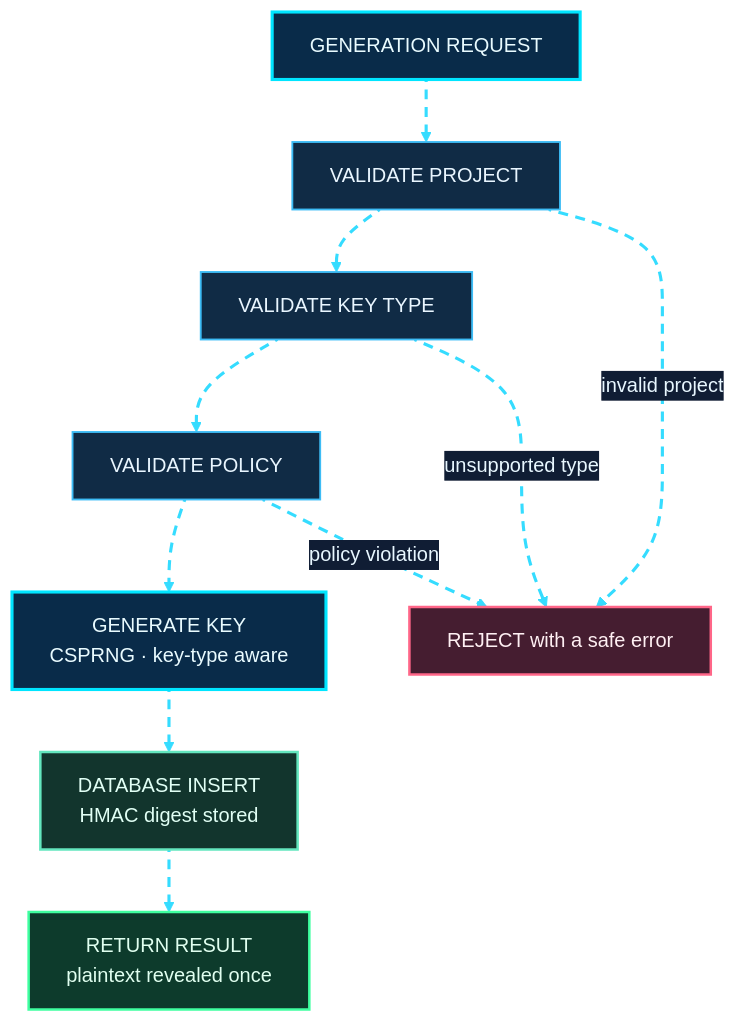
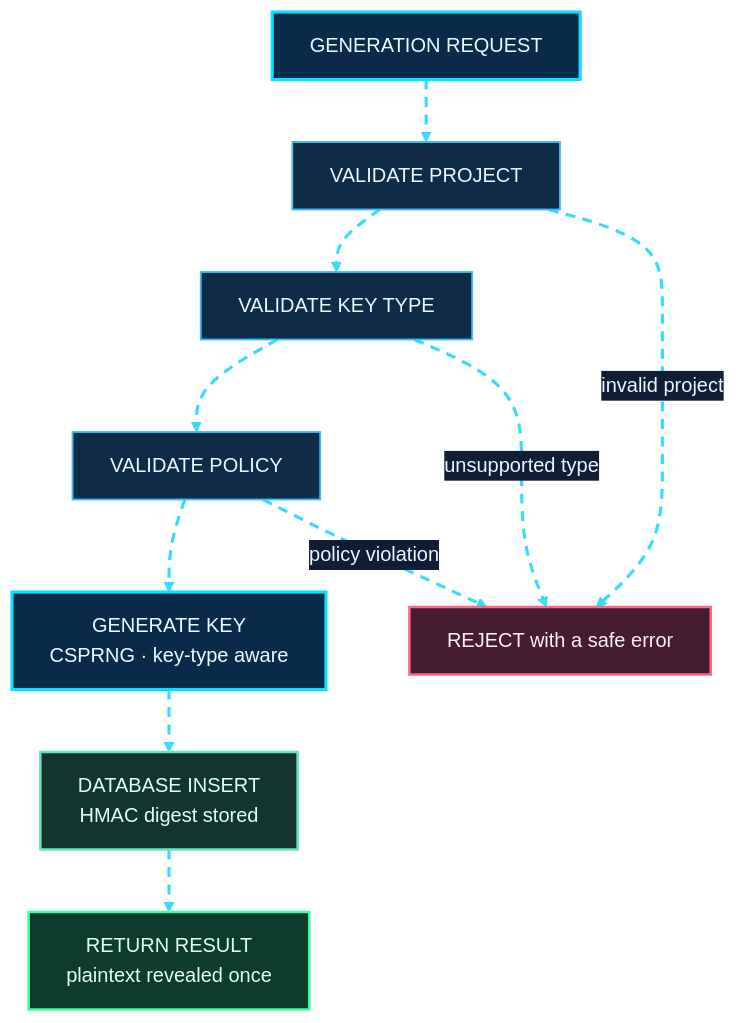
The ninth of 23 diagrams in README.md (shajeduzzamanenan992008inc/NexOra-Database-key-Gen), drawn with Mermaid before and after one commit. The commit also changed other lines of this file, not shown here.

Commit message:
docs: finalize README Mermaid flowchart audit

````diff
--- a/README.md
+++ b/README.md
@@ -994,48 +1002,49 @@
 ```mermaid
 
 %%{init: {"theme":"base","themeVariables":{"darkMode":true,"background":"#07111f","primaryColor":"#102744","primaryTextColor":"#e8f7ff","primaryBorderColor":"#00d9ff","lineColor":"#7297c8","secondaryColor":"#261d45","secondaryTextColor":"#f3eaff","secondaryBorderColor":"#a78bfa","tertiaryColor":"#12332b","tertiaryTextColor":"#e0fff1","tertiaryBorderColor":"#41e6a2","fontFamily":"Inter, Segoe UI, sans-serif","edgeLabelBackground":"#101d34","mainBkg":"#102744","nodeBorder":"#00d9ff","clusterBkg":"#0b1930","clusterBorder":"#6f7dff","actorBkg":"#102744","actorBorder":"#00d9ff","actorTextColor":"#e8f7ff","signalColor":"#64d8ff","signalTextColor":"#e8f7ff","noteBkgColor":"#0e332b","noteBorderColor":"#41e6a2","noteTextColor":"#e0fff1"}}}%%
 flowchart TD
     G0["GENERATION REQUEST"] nx09e01@--> G1["VALIDATE PROJECT"]
 
     G1 nx09e02@--> G2["VALIDATE KEY TYPE"]
 
     G2 nx09e03@--> G3["VALIDATE POLICY"]
 
     G3 nx09e04@--> G4["GENERATE KEY<br/>CSPRNG · key-type aware"]
 
     G4 nx09e05@--> G5["DATABASE INSERT<br/>HMAC digest stored"]
 
     G5 nx09e06@--> G6["RETURN RESULT<br/>plaintext revealed once"]
 
     %% Rejection paths
     G1 nx09e07@-.->|"invalid project"| GX["REJECT with a safe error"]
 
     G2 nx09e08@-.->|"unsupported type"| GX
 
     G3 nx09e09@-.->|"policy violation"| GX
 
     %% OMEGA NEX-ORA / ULTRA NEON PALETTE
     classDef nxCore fill:#092b49,stroke:#00e5ff,stroke-width:2.5px,color:#e9fbff;
     classDef nxProcess fill:#102b45,stroke:#3dbcf5,stroke-width:1.5px,color:#e9f6ff;
     classDef nxDecision fill:#2b2050,stroke:#b38cff,stroke-width:2px,color:#f3edff;
     classDef nxSuccess fill:#0d3b2c,stroke:#3fffa0,stroke-width:2px,color:#e0fff0;
     classDef nxDanger fill:#451d30,stroke:#ff6688,stroke-width:2px,color:#fff0f3;
     classDef nxData fill:#12352d,stroke:#63e6be,stroke-width:2px,color:#e1fff5;
     classDef nxExternal fill:#2b2149,stroke:#c4a5ff,stroke-width:2px,color:#f3ecff;
     classDef nxInfo fill:#17253e,stroke:#91a7c9,stroke-width:1.5px,color:#e5efff;
     classDef nxWarning fill:#453116,stroke:#fbbf24,stroke-width:2px,color:#fff6d6;
 
     %% Continuous moving neon animation
-    classDef nxAnimated stroke:#35dcff,stroke-width:2.5px,stroke-dasharray:8\,6,stroke-dashoffset:1000,animation:dash 18s linear infinite;
+    classDef nxAnimated stroke:#35dcff,stroke-width:2.5px,stroke-dasharray:8\,6,stroke-dashoffset:1008,animation:dash 18s linear infinite;
 
     %% Node styling
     class G0,G4 nxCore;
     class G1,G2,G3 nxProcess;
     class G5 nxData;
     class G6 nxSuccess;
     class GX nxDanger;
 
     %% ALL 9 CONNECTIONS ANIMATED
     class nx09e01,nx09e02,nx09e03,nx09e04,nx09e05,nx09e06,nx09e07,nx09e08,nx09e09 nxAnimated;
 
+
 ```
````
